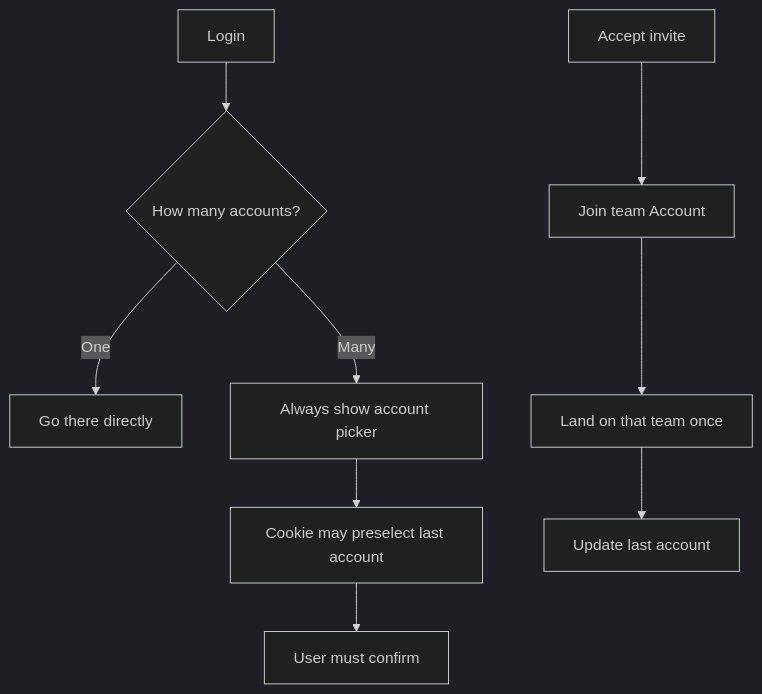
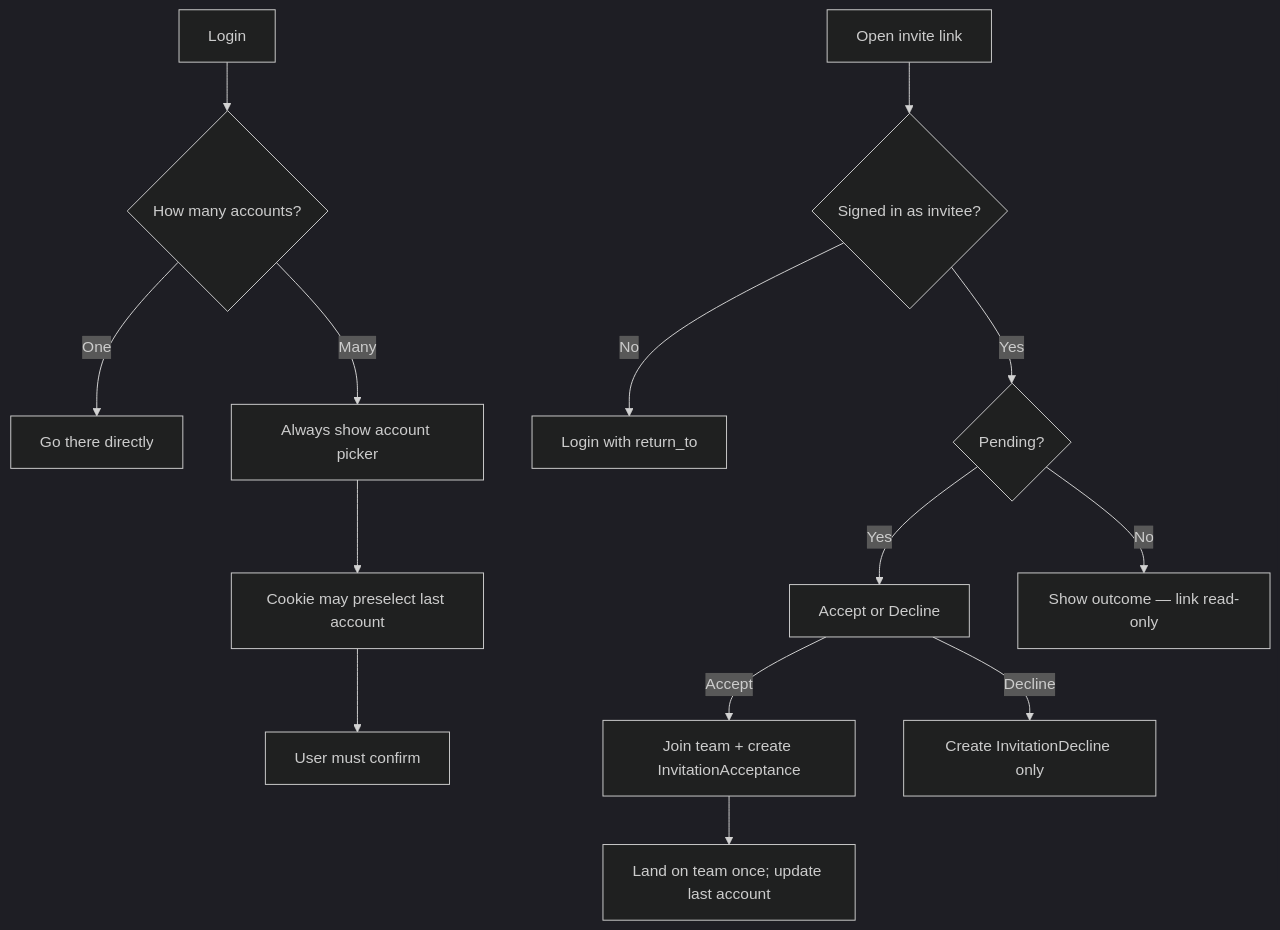
The third of 3 diagrams in docs/core/ACCOUNT.md (yuler/monosolo), drawn with Mermaid (dark theme) before and after one commit. The commit also changed other lines of this file and 2 other files, not shown here.

Commit message:
📝 [docs] Document invitation acceptance and decline records

````diff
--- a/docs/core/ACCOUNT.md
+++ b/docs/core/ACCOUNT.md
@@ -67,11 +67,16 @@
 ```mermaid
 flowchart TD
   L[Login] --> M{How many accounts?}
   M -->|One| N[Go there directly]
   M -->|Many| O[Always show account picker]
   O --> P[Cookie may preselect last account]
   P --> Q[User must confirm]
-  R[Accept invite] --> S[Join team Account]
-  S --> T[Land on that team once]
-  T --> U[Update last account]
+  R[Open invite link] --> S{Signed in as invitee?}
+  S -->|No| T[Login with return_to]
+  S -->|Yes| U{Pending?}
+  U -->|Yes| V[Accept or Decline]
+  V -->|Accept| W[Join team + create InvitationAcceptance]
+  V -->|Decline| X[Create InvitationDecline only]
+  U -->|No| Y[Show outcome — link read-only]
+  W --> Z[Land on team once; update last account]
 ```
````
